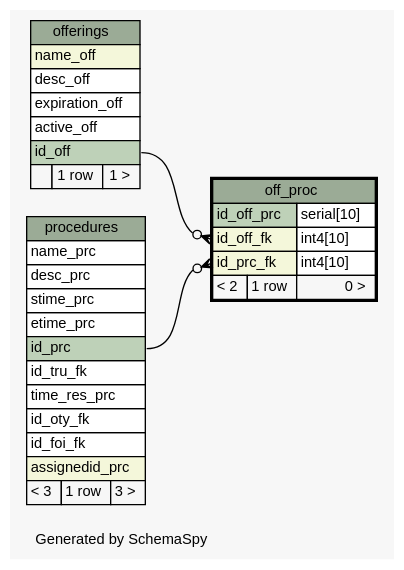
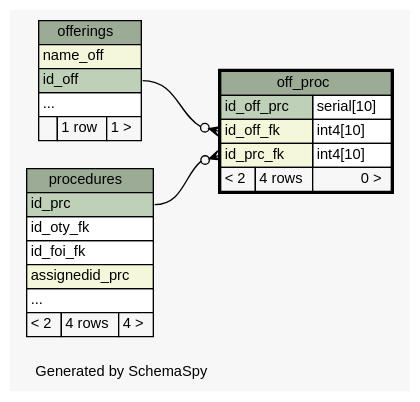
The diagram in documentation/_static/istsosDB/diagrams/off_proc.1degree.dot (istSOS/istsos2), drawn with Graphviz before and after one commit. The commit also changed 92 other files, not shown here.

Commit message:
add new schema documentation

```diff
--- a/documentation/_static/istsosDB/diagrams/off_proc.1degree.dot
+++ b/documentation/_static/istsosDB/diagrams/off_proc.1degree.dot
@@ -1,69 +1,62 @@
-// dot 2.26.3 on Linux 3.2.0-38-generic-pae
-// SchemaSpy rev 590
+// dot 2.36.0 on Linux 3.16.7-031607-generic
+// SchemaSpy rev Unknown
 digraph "oneDegreeRelationshipsDiagram" {
   graph [
     rankdir="RL"
     bgcolor="#f7f7f7"
     label="\nGenerated by SchemaSpy"
     labeljust="l"
     nodesep="0.18"
     ranksep="0.46"
     fontname="Helvetica"
     fontsize="11"
   ];
   node [
     fontname="Helvetica"
     fontsize="11"
     shape="plaintext"
   ];
   edge [
     arrowsize="0.8"
   ];
   "off_proc":"id_off_fk":w -> "offerings":"id_off":e [arrowhead=none dir=back arrowtail=crowodot];
   "off_proc":"id_prc_fk":w -> "procedures":"id_prc":e [arrowhead=none dir=back arrowtail=crowodot];
   "off_proc" [
     label=<
     <TABLE BORDER="2" CELLBORDER="1" CELLSPACING="0" BGCOLOR="#ffffff">
       <TR><TD COLSPAN="3" BGCOLOR="#9bab96" ALIGN="CENTER">off_proc</TD></TR>
       <TR><TD PORT="id_off_prc" COLSPAN="2" BGCOLOR="#bed1b8" ALIGN="LEFT">id_off_prc</TD><TD PORT="id_off_prc.type" ALIGN="LEFT">serial[10]</TD></TR>
       <TR><TD PORT="id_off_fk" COLSPAN="2" BGCOLOR="#f4f7da" ALIGN="LEFT">id_off_fk</TD><TD PORT="id_off_fk.type" ALIGN="LEFT">int4[10]</TD></TR>
       <TR><TD PORT="id_prc_fk" COLSPAN="2" BGCOLOR="#f4f7da" ALIGN="LEFT">id_prc_fk</TD><TD PORT="id_prc_fk.type" ALIGN="LEFT">int4[10]</TD></TR>
-      <TR><TD ALIGN="LEFT" BGCOLOR="#f7f7f7">&lt; 2</TD><TD ALIGN="RIGHT" BGCOLOR="#f7f7f7">1 row</TD><TD ALIGN="RIGHT" BGCOLOR="#f7f7f7">0 &gt;</TD></TR>
+      <TR><TD ALIGN="LEFT" BGCOLOR="#f7f7f7">&lt; 2</TD><TD ALIGN="RIGHT" BGCOLOR="#f7f7f7">4 rows</TD><TD ALIGN="RIGHT" BGCOLOR="#f7f7f7">0 &gt;</TD></TR>
     </TABLE>>
     URL="off_proc.html"
     tooltip="off_proc"
   ];
   "offerings" [
     label=<
     <TABLE BORDER="0" CELLBORDER="1" CELLSPACING="0" BGCOLOR="#ffffff">
       <TR><TD COLSPAN="3" BGCOLOR="#9bab96" ALIGN="CENTER">offerings</TD></TR>
       <TR><TD PORT="name_off" COLSPAN="3" BGCOLOR="#f4f7da" ALIGN="LEFT">name_off</TD></TR>
-      <TR><TD PORT="desc_off" COLSPAN="3" ALIGN="LEFT">desc_off</TD></TR>
-      <TR><TD PORT="expiration_off" COLSPAN="3" ALIGN="LEFT">expiration_off</TD></TR>
-      <TR><TD PORT="active_off" COLSPAN="3" ALIGN="LEFT">active_off</TD></TR>
       <TR><TD PORT="id_off" COLSPAN="3" BGCOLOR="#bed1b8" ALIGN="LEFT">id_off</TD></TR>
+      <TR><TD PORT="elipses" COLSPAN="3" ALIGN="LEFT">...</TD></TR>
       <TR><TD ALIGN="LEFT" BGCOLOR="#f7f7f7">  </TD><TD ALIGN="RIGHT" BGCOLOR="#f7f7f7">1 row</TD><TD ALIGN="RIGHT" BGCOLOR="#f7f7f7">1 &gt;</TD></TR>
     </TABLE>>
     URL="offerings.html"
     tooltip="offerings"
   ];
   "procedures" [
     label=<
     <TABLE BORDER="0" CELLBORDER="1" CELLSPACING="0" BGCOLOR="#ffffff">
       <TR><TD COLSPAN="3" BGCOLOR="#9bab96" ALIGN="CENTER">procedures</TD></TR>
-      <TR><TD PORT="name_prc" COLSPAN="3" ALIGN="LEFT">name_prc</TD></TR>
-      <TR><TD PORT="desc_prc" COLSPAN="3" ALIGN="LEFT">desc_prc</TD></TR>
-      <TR><TD PORT="stime_prc" COLSPAN="3" ALIGN="LEFT">stime_prc</TD></TR>
-      <TR><TD PORT="etime_prc" COLSPAN="3" ALIGN="LEFT">etime_prc</TD></TR>
       <TR><TD PORT="id_prc" COLSPAN="3" BGCOLOR="#bed1b8" ALIGN="LEFT">id_prc</TD></TR>
-      <TR><TD PORT="id_tru_fk" COLSPAN="3" ALIGN="LEFT">id_tru_fk</TD></TR>
-      <TR><TD PORT="time_res_prc" COLSPAN="3" ALIGN="LEFT">time_res_prc</TD></TR>
       <TR><TD PORT="id_oty_fk" COLSPAN="3" ALIGN="LEFT">id_oty_fk</TD></TR>
       <TR><TD PORT="id_foi_fk" COLSPAN="3" ALIGN="LEFT">id_foi_fk</TD></TR>
       <TR><TD PORT="assignedid_prc" COLSPAN="3" BGCOLOR="#f4f7da" ALIGN="LEFT">assignedid_prc</TD></TR>
-      <TR><TD ALIGN="LEFT" BGCOLOR="#f7f7f7">&lt; 3</TD><TD ALIGN="RIGHT" BGCOLOR="#f7f7f7">1 row</TD><TD ALIGN="RIGHT" BGCOLOR="#f7f7f7">3 &gt;</TD></TR>
+      <TR><TD PORT="elipses" COLSPAN="3" ALIGN="LEFT">...</TD></TR>
+      <TR><TD ALIGN="LEFT" BGCOLOR="#f7f7f7">&lt; 2</TD><TD ALIGN="RIGHT" BGCOLOR="#f7f7f7">4 rows</TD><TD ALIGN="RIGHT" BGCOLOR="#f7f7f7">4 &gt;</TD></TR>
     </TABLE>>
     URL="procedures.html"
     tooltip="procedures"
   ];
 }
```
